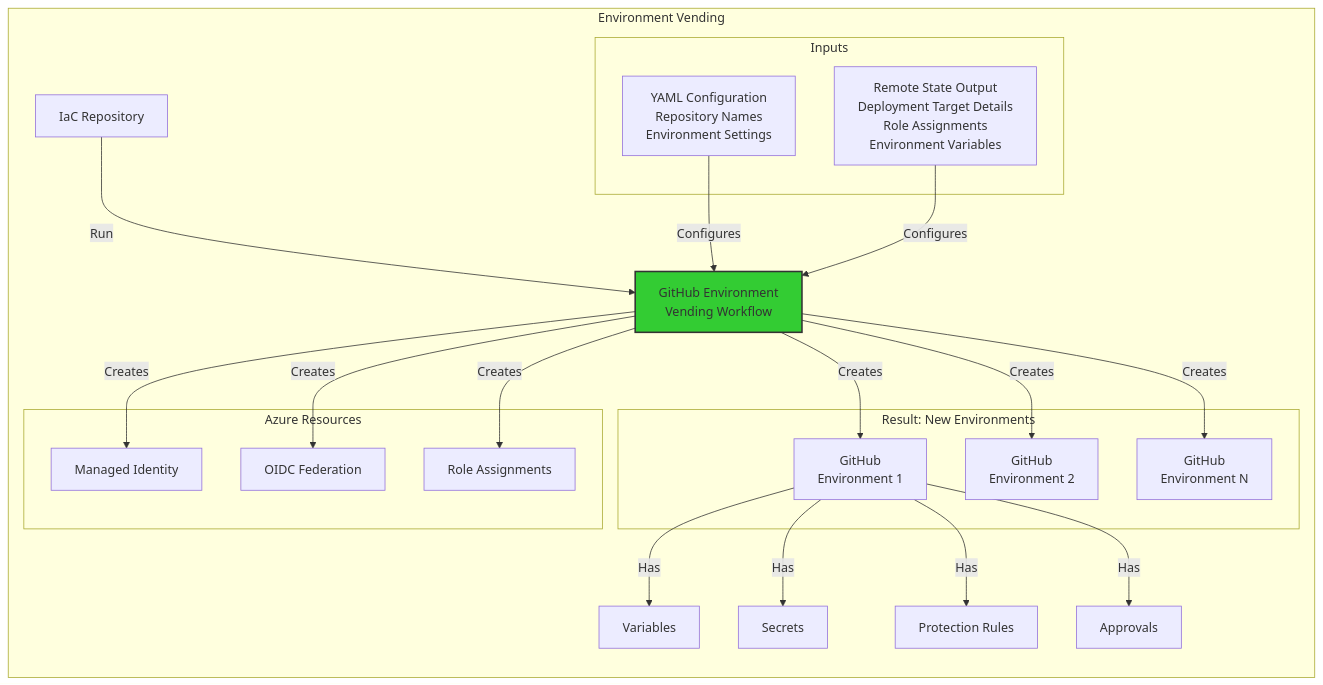
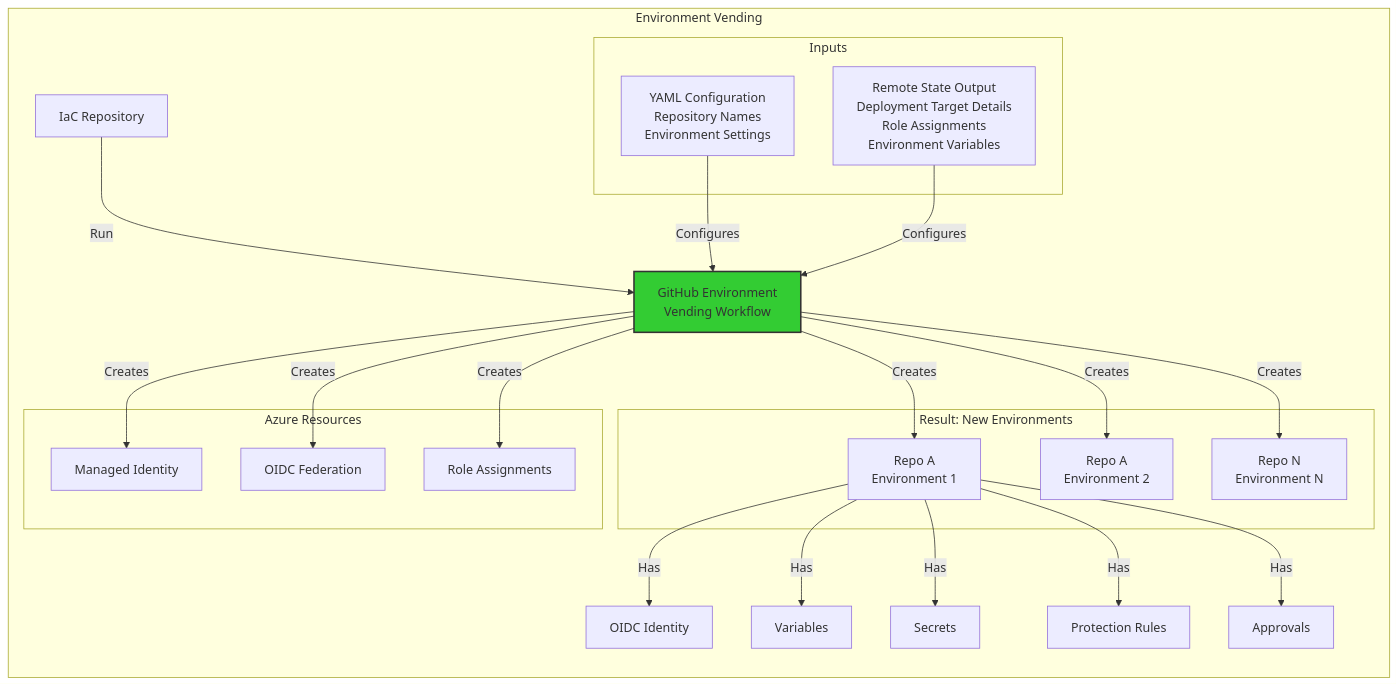
Before and after one commit to HafslundEcoVannkraft/stratus-tf-github-environments: the second of 2 diagrams in README.md, drawn with Mermaid.

Commit message:
Updated README.md with mermaid diagrams

````diff
--- a/README.md
+++ b/README.md
@@ -48,39 +48,40 @@
 ```mermaid
 flowchart LR
     subgraph "Environment Vending"
         A[IaC Repository] -->|Run| B[GitHub Environment<br>Vending Workflow]
 
         subgraph "Inputs"
             C[YAML Configuration<br>Repository Names<br>Environment Settings]
             D[Remote State Output<br>Deployment Target Details<br>Role Assignments<br>Environment Variables]
         end
 
         subgraph "Result: New Environments"
-            E[GitHub<br>Environment 1]
-            F[GitHub<br>Environment 2]
-            G[GitHub<br>Environment N]
+            E[Repo A<br>Environment 1]
+            F[Repo A<br>Environment 2]
+            G[Repo N<br>Environment N]
         end
 
         subgraph "Azure Resources"
             H[Managed Identity]
             I[OIDC Federation]
             J[Role Assignments]
         end
 
         B -->|Creates| E
         B -->|Creates| F
         B -->|Creates| G
         B -->|Creates| H
         B -->|Creates| I
         B -->|Creates| J
         C -->|Configures| B
         D -->|Configures| B
 
-        E -->|Has| K[Variables]
-        E -->|Has| L[Secrets]
-        E -->|Has| M[Protection Rules]
-        E -->|Has| N[Approvals]
+        E -->|Has| K[OIDC Identity]
+        E -->|Has| L[Variables]
+        E -->|Has| M[Secrets]
+        E -->|Has| N[Protection Rules]
+        E -->|Has| O[Approvals]
     end
 
     style B fill:#3c3,stroke:#333,stroke-width:2px
 ```
````
